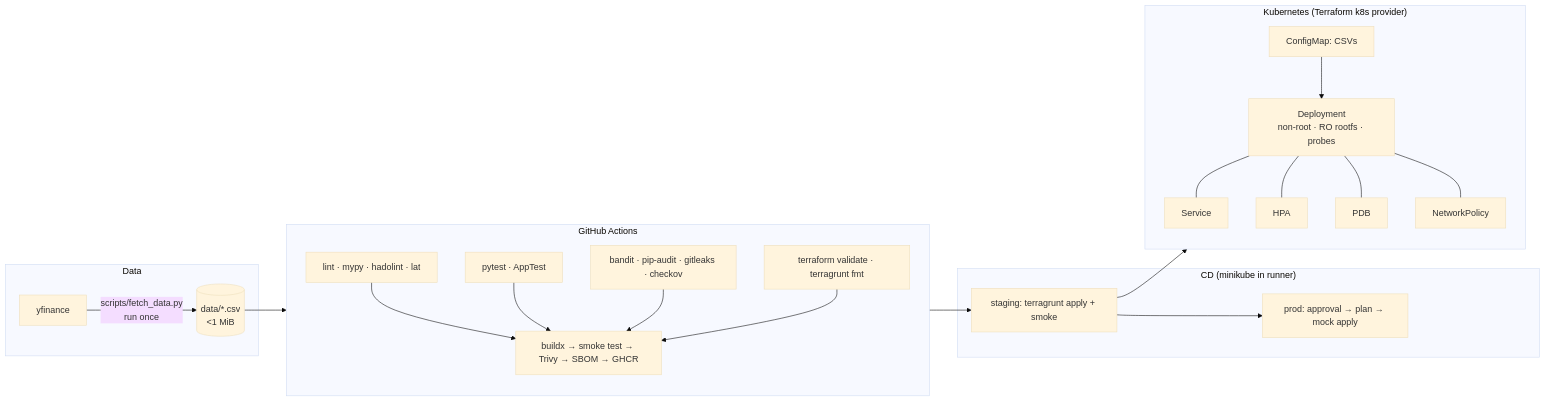
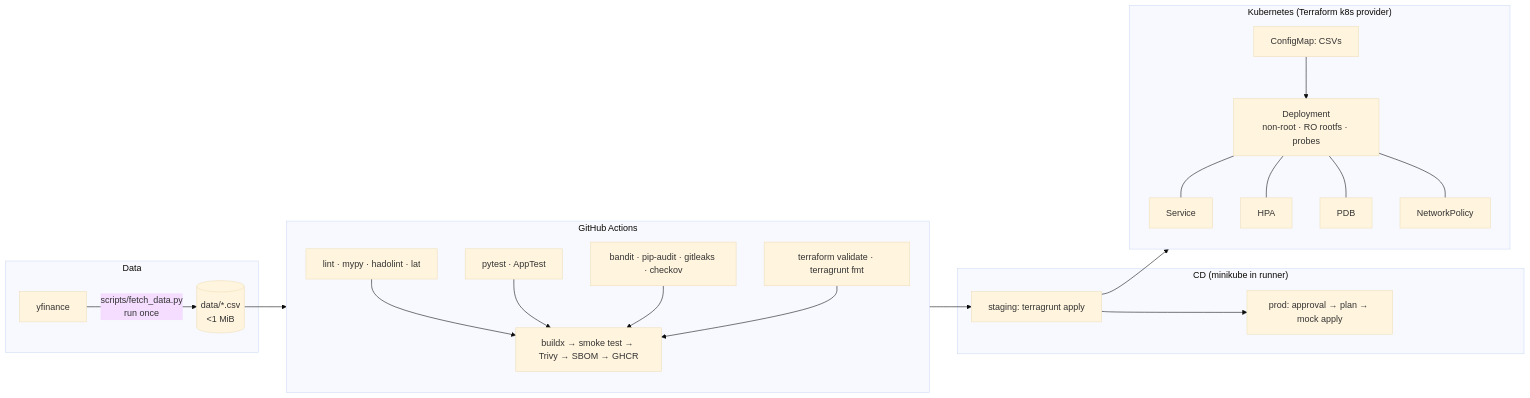
Before and after one commit to fred9702/bcc-s2: the diagram in README.md, drawn with Mermaid (base theme). The commit also changed other lines of this file and 6 other files, not shown here.

````diff
--- a/README.md
+++ b/README.md
@@ -9,24 +9,24 @@
 ```mermaid
 flowchart LR
   subgraph Data
     YF[yfinance] -->|scripts/fetch_data.py<br/>run once| CSV[(data/*.csv<br/>&lt;1 MiB)]
   end
   subgraph CI["GitHub Actions"]
     direction TB
     L[lint · mypy · hadolint · lat] --> IMG
     T[pytest · AppTest] --> IMG
     S[bandit · pip-audit · gitleaks · checkov] --> IMG
     I[terraform validate · terragrunt fmt] --> IMG
     IMG[buildx → smoke test → Trivy → SBOM → GHCR]
   end
   subgraph CD["CD (minikube in runner)"]
-    STG[staging: terragrunt apply + smoke] --> PRD[prod: approval → plan → mock apply]
+    STG[staging: terragrunt apply] --> PRD[prod: approval → plan → mock apply]
   end
   CSV --> IMG
   IMG --> STG
   subgraph K8s["Kubernetes (Terraform k8s provider)"]
     CM[ConfigMap: CSVs] --> POD[Deployment<br/>non-root · RO rootfs · probes]
     POD --- SVC[Service] & HPA[HPA] & PDB[PDB] & NP[NetworkPolicy]
   end
   STG --> K8s
 ```
````
